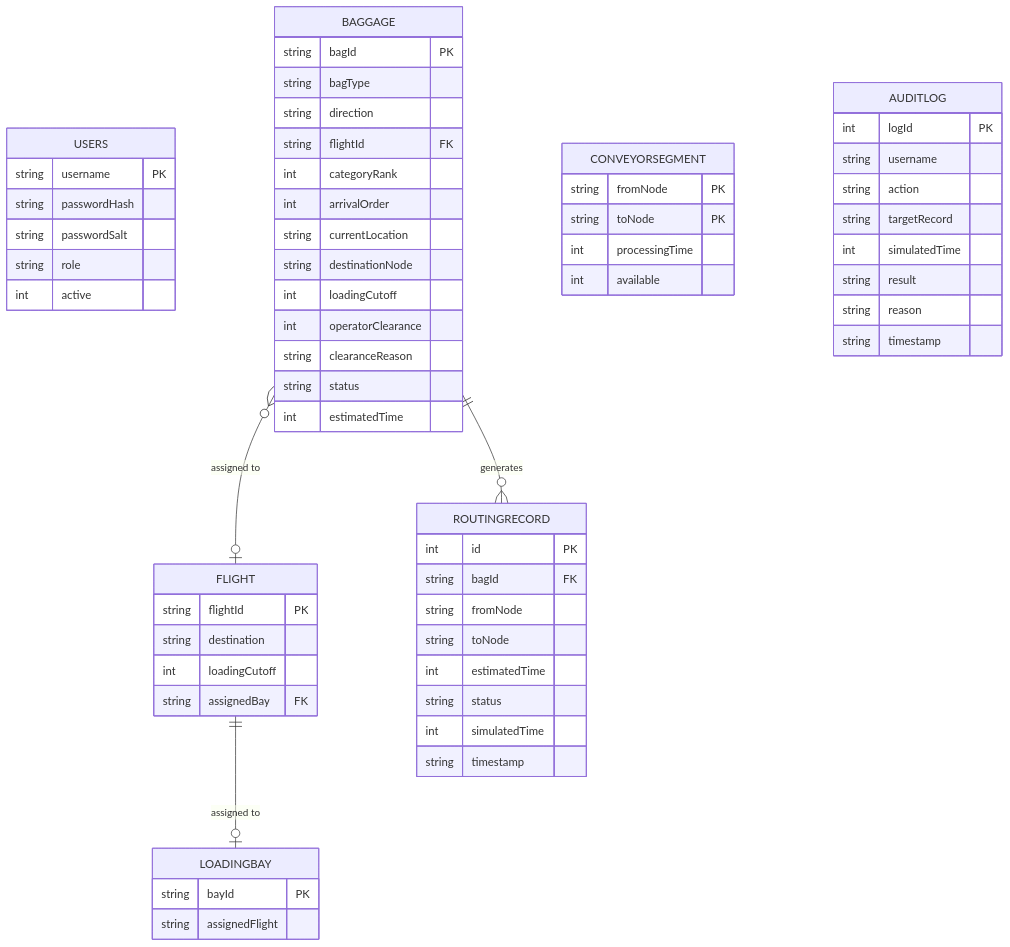
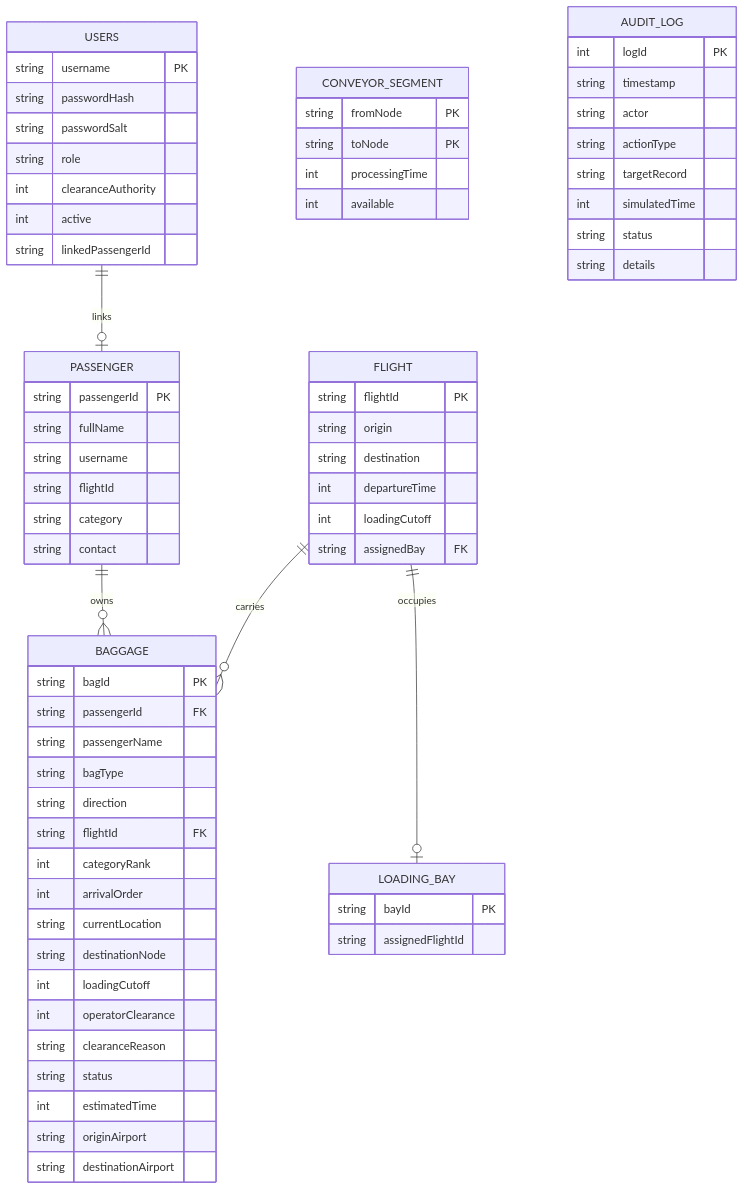
Before and after one commit to yuthistan24/Mini-Project-I: the second of 2 diagrams in README.md, drawn with Mermaid. The commit also changed other lines of this file and 13 other files, not shown here.

````diff
--- a/README.md
+++ b/README.md
@@ -71,65 +170,72 @@
 ```mermaid
 erDiagram
     USERS {
         string username PK
         string passwordHash
         string passwordSalt
         string role
+        int clearanceAuthority
         int active
+        string linkedPassengerId
+    }
+    PASSENGER {
+        string passengerId PK
+        string fullName
+        string username
+        string flightId
+        string category
+        string contact
     }
     BAGGAGE {
         string bagId PK
+        string passengerId FK
+        string passengerName
         string bagType
         string direction
         string flightId FK
         int categoryRank
         int arrivalOrder
         string currentLocation
         string destinationNode
         int loadingCutoff
         int operatorClearance
         string clearanceReason
         string status
         int estimatedTime
+        string originAirport
+        string destinationAirport
     }
     FLIGHT {
         string flightId PK
+        string origin
         string destination
+        int departureTime
         int loadingCutoff
         string assignedBay FK
     }
-    LOADINGBAY {
+    LOADING_BAY {
         string bayId PK
-        string assignedFlight
+        string assignedFlightId
     }
-    CONVEYORSEGMENT {
+    CONVEYOR_SEGMENT {
         string fromNode PK
         string toNode PK
         int processingTime
         int available
     }
-    ROUTINGRECORD {
-        int id PK
-        string bagId FK
-        string fromNode
-        string toNode
-        int estimatedTime
-        string status
-        int simulatedTime
+    AUDIT_LOG {
+        int logId PK
         string timestamp
-    }
-    AUDITLOG {
-        int logId PK
-        string username
-        string action
+        string actor
+        string actionType
         string targetRecord
         int simulatedTime
-        string result
-        string reason
-        string timestamp
+        string status
+        string details
     }
 
-    FLIGHT ||--o| LOADINGBAY : "assigned to"
-    BAGGAGE }o--o| FLIGHT : "assigned to"
-    BAGGAGE ||--o{ ROUTINGRECORD : "generates"
+    USERS ||--o| PASSENGER : links
+    PASSENGER ||--o{ BAGGAGE : owns
+    FLIGHT ||--o{ BAGGAGE : carries
+    FLIGHT ||--o| LOADING_BAY : occupies
 ```
````
